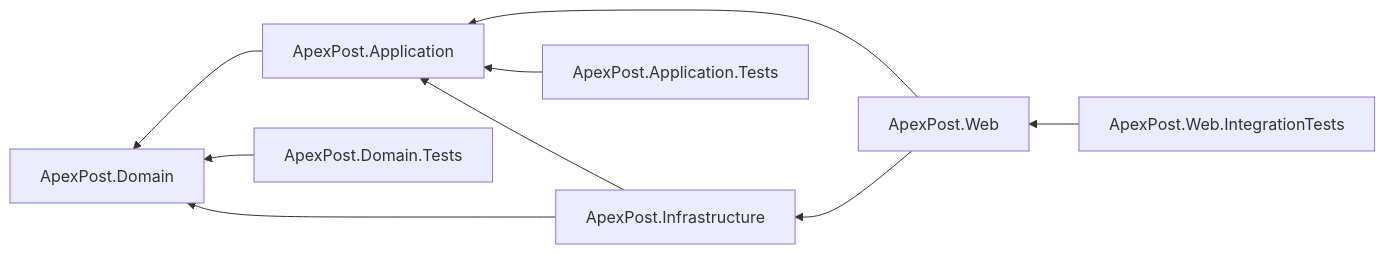
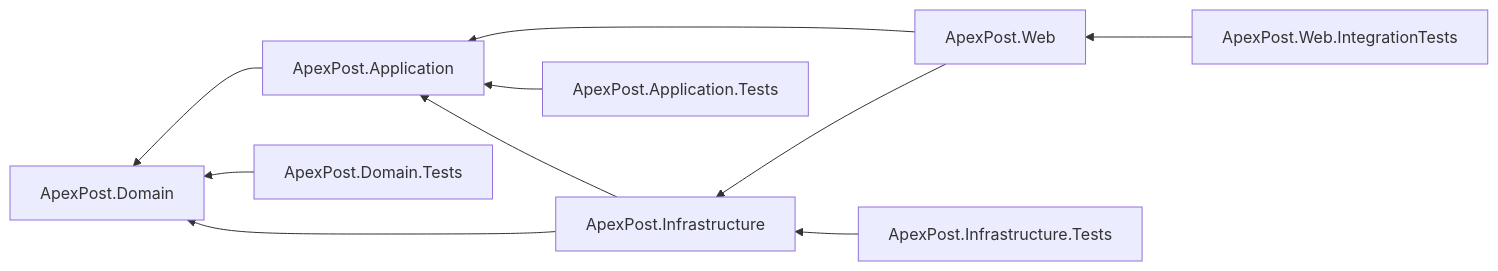
One commit to NarendraDappili/ApexPostLogisticsRepo changed the first of 28 diagrams in DESIGN.md. Above: the diagram before and after it, drawn with Mermaid. The commit also changed other lines of this file and 7 other files, not shown here.

````diff
--- a/DESIGN.md
+++ b/DESIGN.md
@@ -20,11 +20,12 @@
 ```mermaid
 flowchart RL
     Web[ApexPost.Web] --> Application[ApexPost.Application]
     Web --> Infrastructure[ApexPost.Infrastructure]
     Infrastructure --> Application
     Infrastructure --> Domain[ApexPost.Domain]
     Application --> Domain
     DomainTests[ApexPost.Domain.Tests] --> Domain
     ApplicationTests[ApexPost.Application.Tests] --> Application
+    InfrastructureTests[ApexPost.Infrastructure.Tests] --> Infrastructure
     WebIntegrationTests[ApexPost.Web.IntegrationTests] --> Web
 ```
````
